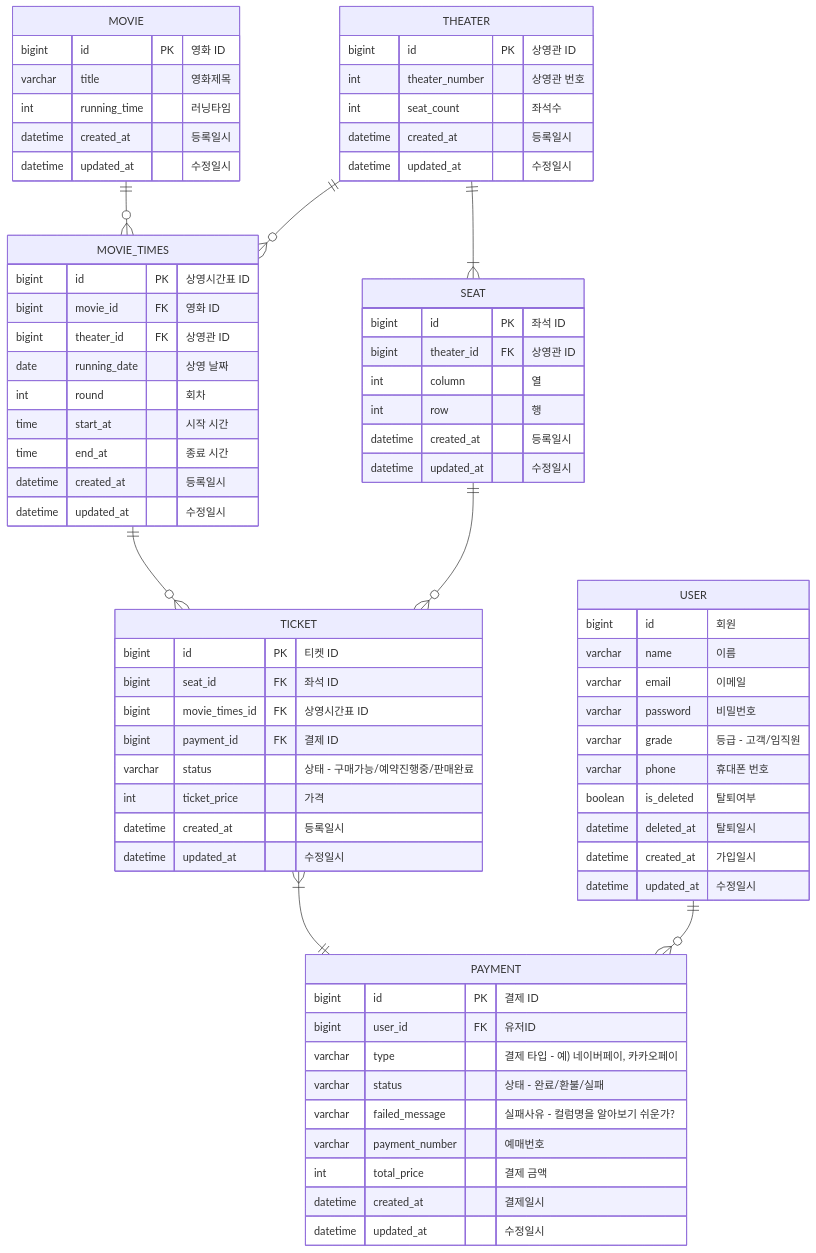
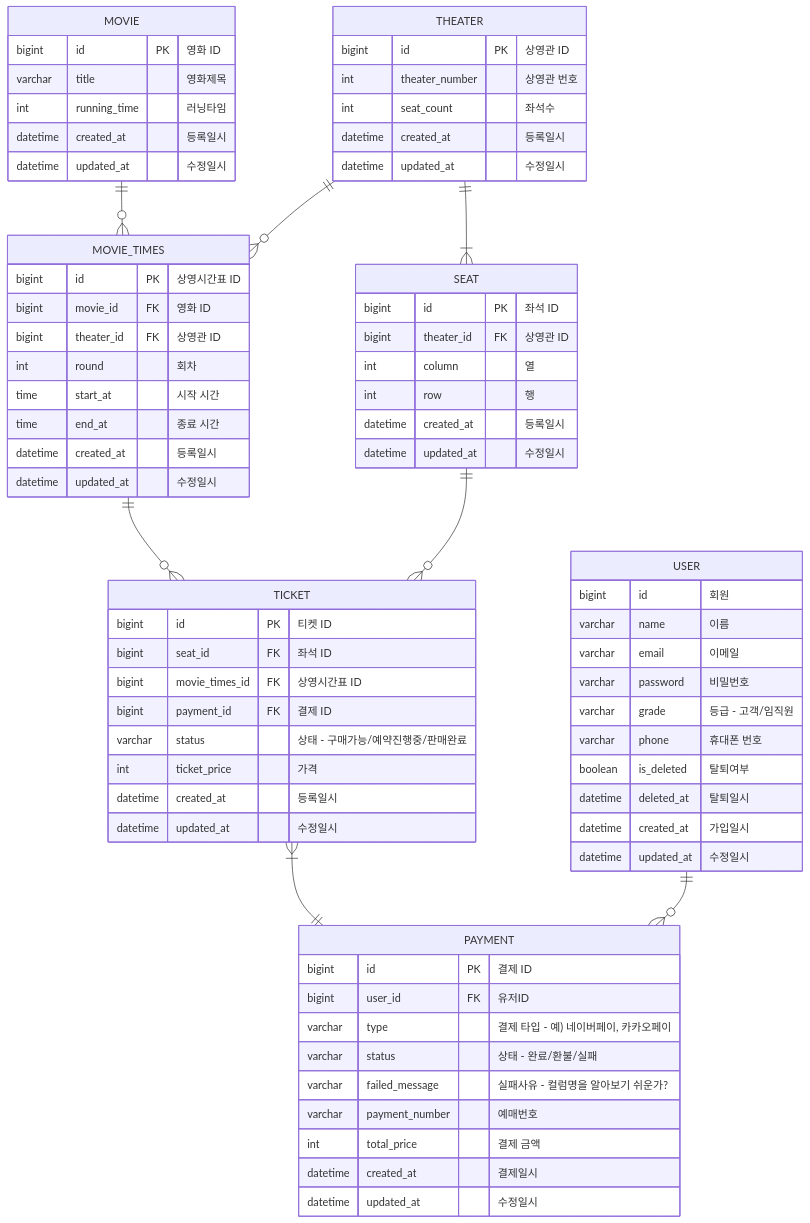
One commit to f-lab-edu/Ticketing changed the diagram in README.md. Above: the diagram before and after it, drawn with Mermaid. The commit also changed other lines of this file, not shown here.

````diff
--- a/README.md
+++ b/README.md
@@ -21,76 +45,75 @@
 ``` mermaid
 erDiagram
     MOVIE ||--o{ MOVIE_TIMES : ""
     MOVIE {
         bigint id PK "영화 ID"
         varchar title "영화제목"
         int running_time "러닝타임"
         datetime created_at "등록일시"
         datetime updated_at "수정일시"
     }
     THEATER ||--o{ MOVIE_TIMES : ""
     THEATER ||--|{ SEAT : ""
     THEATER {
         bigint id PK "상영관 ID"
         int theater_number "상영관 번호"
         int seat_count "좌석수"
         datetime created_at "등록일시"
         datetime updated_at "수정일시"
     }
     SEAT ||--o{ TICKET : ""
     SEAT {
         bigint id PK "좌석 ID"
         bigint theater_id FK "상영관 ID"
         int column "열"
         int row "행"
         datetime created_at "등록일시"
         datetime updated_at "수정일시"
     }
     MOVIE_TIMES ||--o{ TICKET : ""
     MOVIE_TIMES {
         bigint id PK "상영시간표 ID"
         bigint movie_id FK "영화 ID"
         bigint theater_id FK "상영관 ID"
-        date running_date "상영 날짜"
         int round "회차"
         time start_at "시작 시간"
         time end_at "종료 시간"
         datetime created_at "등록일시"
         datetime updated_at "수정일시"
     }
     TICKET {
         bigint id PK "티켓 ID"
         bigint seat_id FK "좌석 ID"
         bigint movie_times_id FK "상영시간표 ID"
         bigint payment_id FK "결제 ID"
         varchar status "상태 - 구매가능/예약진행중/판매완료"
         int ticket_price "가격"
         datetime created_at "등록일시"
         datetime updated_at "수정일시"
     }
     TICKET }|--|| PAYMENT : ""
     PAYMENT {
         bigint id PK "결제 ID"
         bigint user_id FK "유저ID"
         varchar type "결제 타입 - 예) 네이버페이, 카카오페이"
         varchar status "상태 - 완료/환불/실패"
         varchar failed_message "실패사유 - 컬럼명을 알아보기 쉬운가?"
         varchar payment_number "예매번호"
         int total_price "결제 금액"
         datetime created_at "결제일시"
         datetime updated_at "수정일시"
     }
     USER ||--o{ PAYMENT : ""
     USER {
         bigint id "회원"
         varchar name "이름"
         varchar email "이메일"
         varchar password "비밀번호"
         varchar grade "등급 - 고객/임직원"
         varchar phone "휴대폰 번호"
         boolean is_deleted "탈퇴여부"
         datetime deleted_at "탈퇴일시"
         datetime created_at "가입일시"
         datetime updated_at "수정일시"
     }
 ```
````
